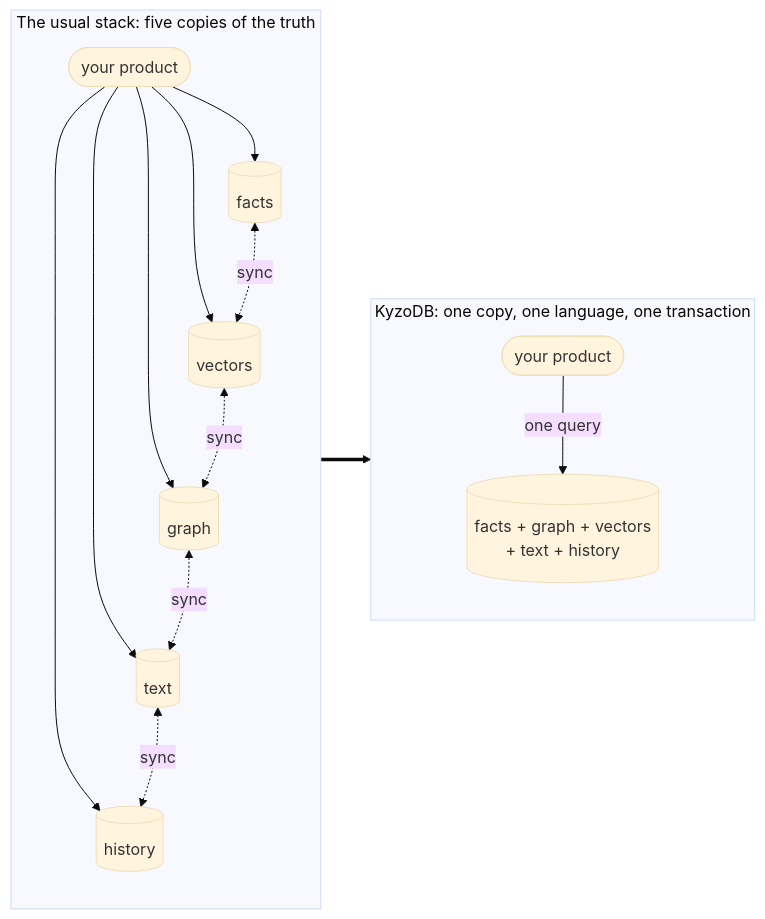
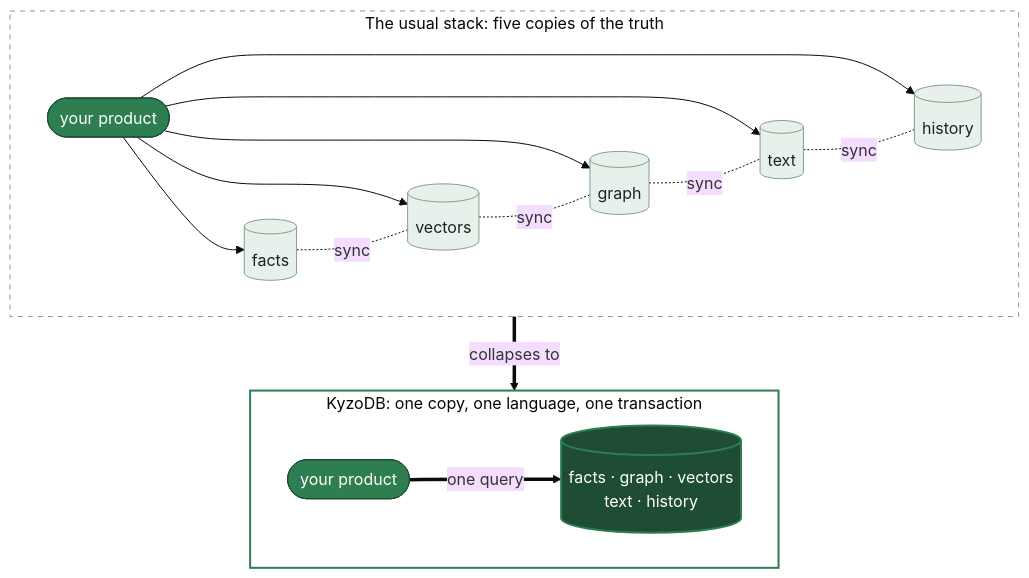
The first of 3 diagrams in README.md (kyzodb/kyzo), drawn with Mermaid (base theme) before and after one commit. The commit also changed other lines of this file, not shown here.

Commit message:
README design pass: syntax highlighting, branded diagrams, native warning callout

````diff
--- a/README.md
+++ b/README.md
@@ -35,20 +43,28 @@
 ```mermaid
-flowchart LR
+%%{init: {'flowchart': {'curve': 'basis'}}}%%
+flowchart TB
     subgraph five["The usual stack: five copies of the truth"]
-        direction TB
-        A1([your product]) --> P[(facts)]
-        A1 --> V[(vectors)]
-        A1 --> G[(graph)]
-        A1 --> S[(text)]
-        A1 --> H[(history)]
-        P <-. sync .-> V
-        V <-. sync .-> G
-        G <-. sync .-> S
-        S <-. sync .-> H
+        direction LR
+        A1([your product]):::actor
+        A1 --> P[(facts)]:::store
+        A1 --> V[(vectors)]:::store
+        A1 --> G[(graph)]:::store
+        A1 --> S[(text)]:::store
+        A1 --> H[(history)]:::store
+        P -. sync .- V
+        V -. sync .- G
+        G -. sync .- S
+        S -. sync .- H
     end
     subgraph one["KyzoDB: one copy, one language, one transaction"]
-        direction TB
-        A2([your product]) -- one query --> K[("facts + graph + vectors<br/>+ text + history")]
+        direction LR
+        A2([your product]):::actor
+        A2 == one query ==> K[("facts · graph · vectors<br/>text · history")]:::kyzo
     end
-    five ==> one
+    five == collapses to ==> one
+    classDef actor fill:#2F7E52,stroke:#1E4D33,color:#FFFFFF
+    classDef store fill:#E8F0EB,stroke:#7FA08C,color:#17271F
+    classDef kyzo fill:#1E4D33,stroke:#2F7E52,stroke-width:2px,color:#FFFFFF
+    style five fill:transparent,stroke:#7FA08C,stroke-dasharray:5 5
+    style one fill:transparent,stroke:#2F7E52,stroke-width:2px
 ```
````
